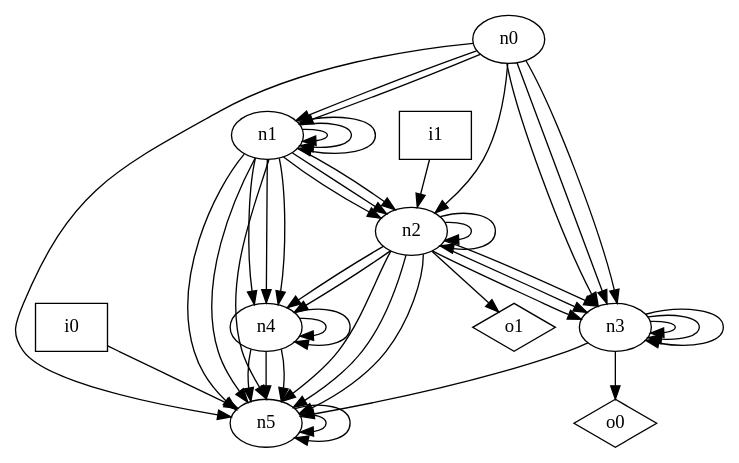
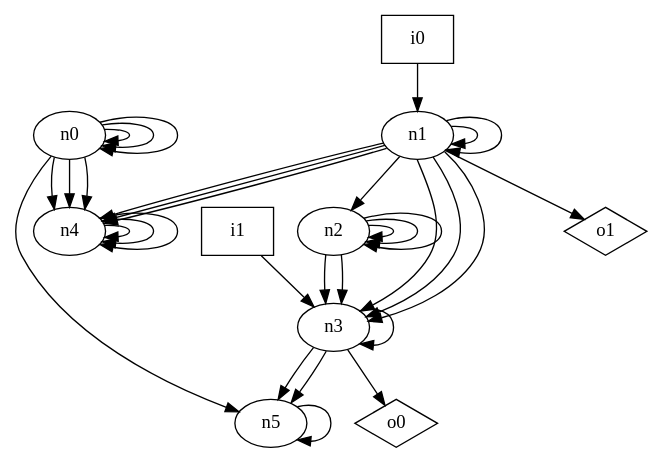
The diagram in dot_files/random/random_DAG_graph.dot (p9romain/bool-circuits), drawn with Graphviz before and after one commit. The commit also changed 30 other files, not shown here.

```diff
--- a/dot_files/random/random_DAG_graph.dot
+++ b/dot_files/random/random_DAG_graph.dot
@@ -1,56 +1,44 @@
 digraph G {
 n0 [label="n0"];
 n1 [label="n1"];
 n2 [label="n2"];
 n3 [label="n3"];
 n4 [label="n4"];
 n5 [label="n5"];
 n6 [label="i0",shape="box"];
 n7 [label="i1",shape="box"];
 n8 [label="o0",shape="diamond"];
 n9 [label="o1",shape="diamond"];
-n0 -> n1
-n0 -> n1
-n0 -> n2
-n0 -> n3
-n0 -> n3
-n0 -> n3
+n0 -> n0
+n0 -> n0
+n0 -> n0
+n0 -> n4
+n0 -> n4
+n0 -> n4
 n0 -> n5
 n1 -> n1
 n1 -> n1
-n1 -> n1
 n1 -> n2
-n1 -> n2
-n1 -> n2
+n1 -> n3
+n1 -> n3
+n1 -> n3
 n1 -> n4
 n1 -> n4
 n1 -> n4
-n1 -> n5
-n1 -> n5
-n1 -> n5
+n1 -> n9
+n2 -> n2
 n2 -> n2
 n2 -> n2
 n2 -> n3
 n2 -> n3
-n2 -> n3
-n2 -> n4
-n2 -> n4
-n2 -> n5
-n2 -> n5
-n2 -> n5
-n2 -> n9
 n3 -> n3
-n3 -> n3
-n3 -> n3
+n3 -> n5
 n3 -> n5
 n3 -> n8
 n4 -> n4
 n4 -> n4
-n4 -> n5
-n4 -> n5
-n4 -> n5
+n4 -> n4
 n5 -> n5
-n5 -> n5
-n6 -> n5
-n7 -> n2
+n6 -> n1
+n7 -> n3
 }
```
